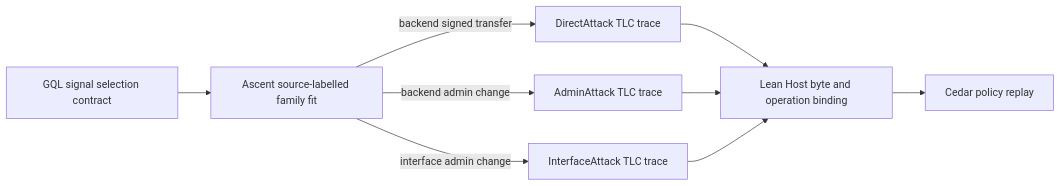
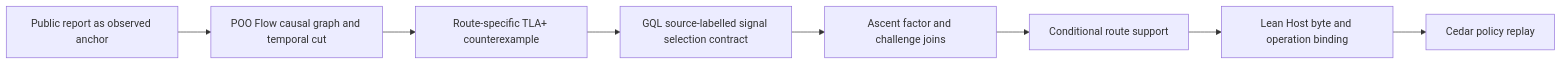
The second of 3 diagrams in user-interface/scenarios/exchange/cases/signing-trust-chain/README.org (tao3k/lambda-episteme), drawn with Mermaid before and after one commit. The commit also changed other lines of this file and 30 other files, not shown here.

Commit message:
Qualify exchange ingress through causal and temporal replay

```diff
--- a/user-interface/scenarios/exchange/cases/signing-trust-chain/README.org
+++ b/user-interface/scenarios/exchange/cases/signing-trust-chain/README.org
@@ -270,11 +272,10 @@
 #+begin_src mermaid
 flowchart LR
-  G[GQL signal selection contract] --> A[Ascent source-labelled family fit]
-  A -->|backend signed transfer| T[DirectAttack TLC trace]
-  A -->|backend admin change| U[AdminAttack TLC trace]
-  A -->|interface admin change| V[InterfaceAttack TLC trace]
-  T --> L[Lean Host byte and operation binding]
-  U --> L
-  V --> L
+  O[Public report as observed anchor] --> P[POO Flow causal graph and temporal cut]
+  P --> T[Route-specific TLA+ counterexample]
+  T --> G[GQL source-labelled signal selection contract]
+  G --> A[Ascent factor and challenge joins]
+  A --> R[Conditional route support]
+  R --> L[Lean Host byte and operation binding]
   L --> C[Cedar policy replay]
 #+end_src
```
